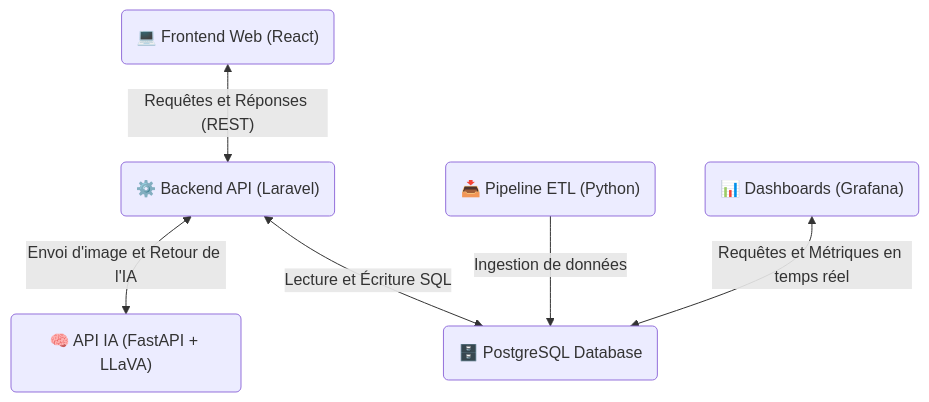
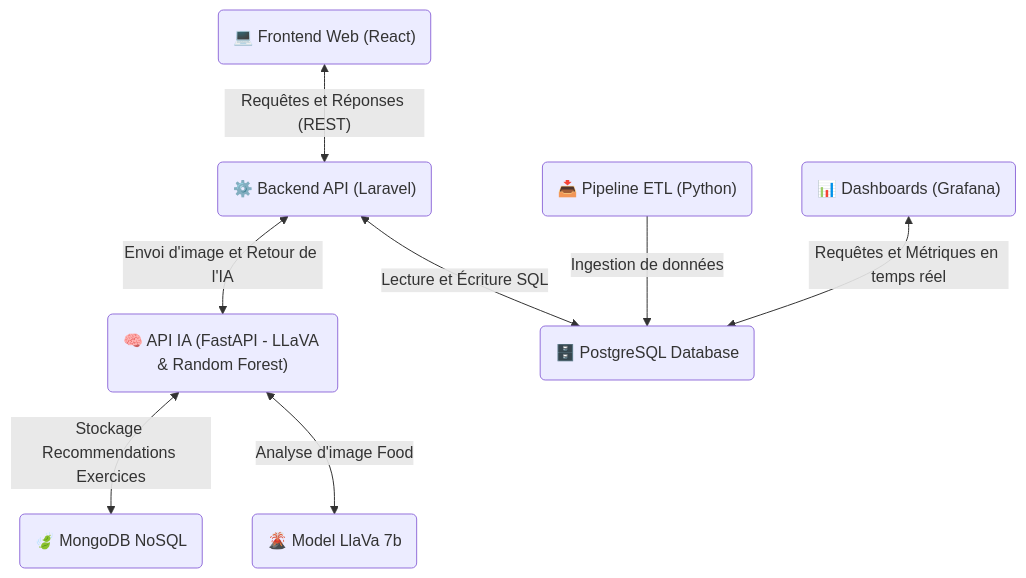
Before and after one commit to GroupMSPR/Health-IA-Workspace: the diagram in README.md, drawn with Mermaid.

````diff
--- a/README.md
+++ b/README.md
@@ -95,21 +95,27 @@
 ```mermaid
 graph TD
     %% Couche Applicative
     Front("💻 Frontend Web (React)")
     Back("⚙️ Backend API (Laravel)")
-    IA("🧠 API IA (FastAPI + LLaVA)")
+    IA("🧠 API IA (FastAPI - LLaVA & Random Forest)")
 
     %% Couche Data
     ETL("📥 Pipeline ETL (Python)")
     DB("🗄️ PostgreSQL Database")
+    MongoDB("🍃 MongoDB NoSQL")
     Grafana("📊 Dashboards (Grafana)")
+
+    %% Couche IA
+    Ollama("🌋 Model LlaVa 7b")
 
     %% Flux Applicatifs (Le Backend au centre)
     Front <-->|"Requêtes et Réponses (REST)"| Back
     Back <-->|"Envoi d'image et Retour de l'IA"| IA
+    IA <-->|"Stockage Recommendations Exercices"| MongoDB
+    IA <-->|"Analyse d'image Food"| Ollama
     
     %% Flux de Données (La DB au centre)
     Back <-->|"Lecture et Écriture SQL"| DB
     ETL -- "Ingestion de données" --> DB
     Grafana <-->|"Requêtes et Métriques en temps réel"| DB
 ```
````
